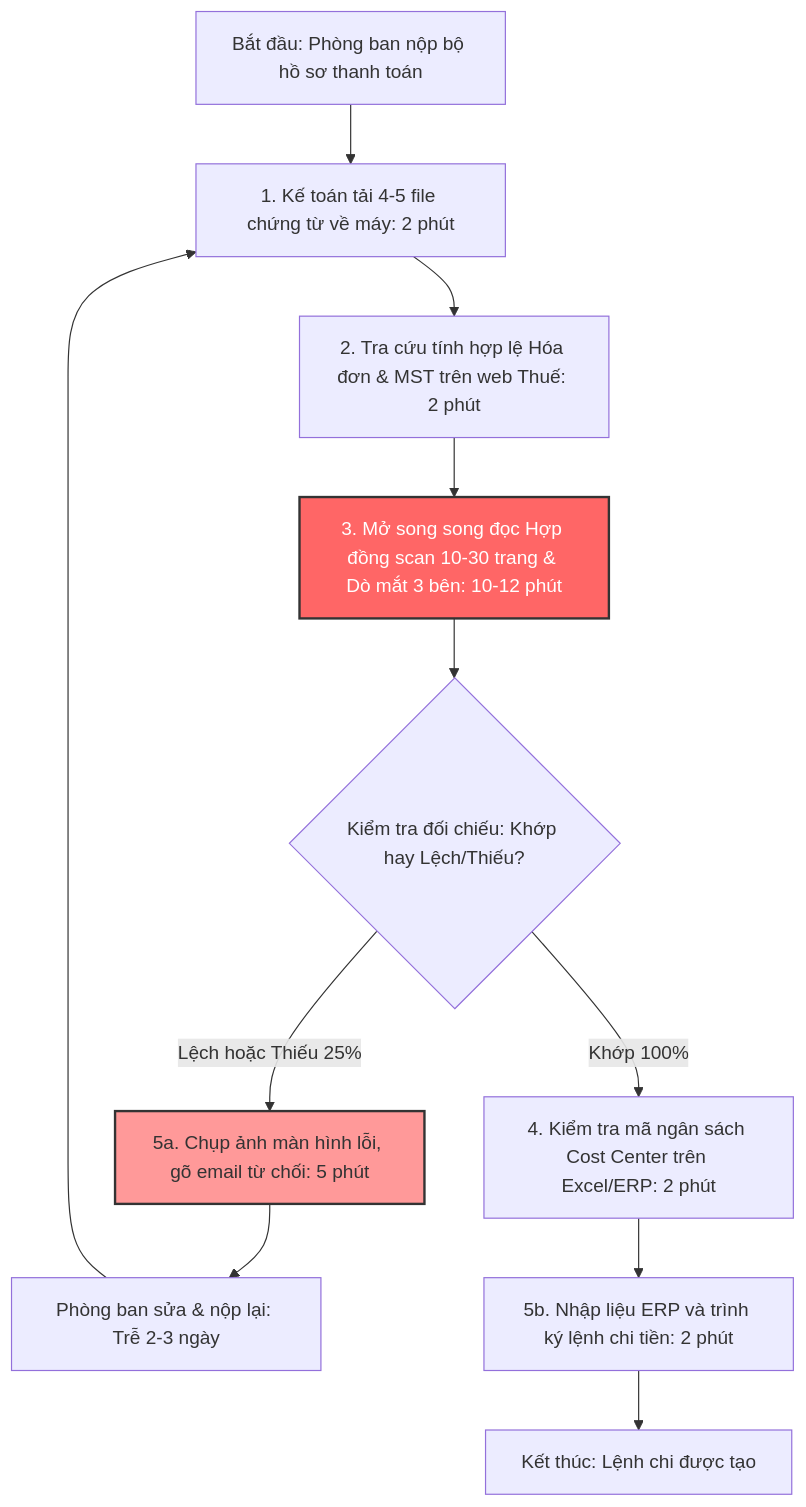
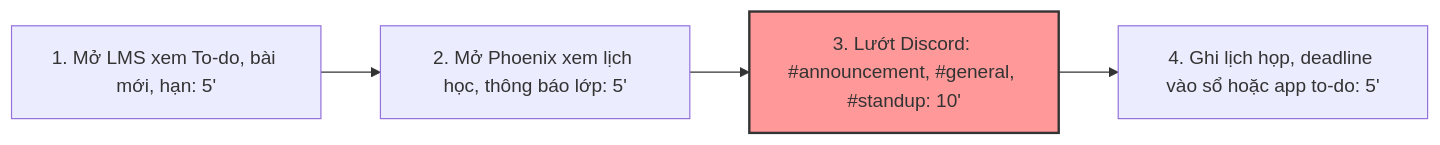
One commit to S0ra1n0/K5-L3B-DAY02-Nhom4Squares-DiscoveryProblemFraming changed the first of 2 diagrams in report/team/group_report.md. Above: the diagram before and after it, drawn with Mermaid. The commit also changed other lines of this file, not shown here.

````diff
--- a/report/team/group_report.md
+++ b/report/team/group_report.md
@@ -151,16 +151,8 @@
 ```mermaid
-flowchart TD
-    A[Bắt đầu: Phòng ban nộp bộ hồ sơ thanh toán] --> B[1. Kế toán tải 4-5 file chứng từ về máy: 2 phút]
-    B --> C[2. Tra cứu tính hợp lệ Hóa đơn & MST trên web Thuế: 2 phút]
-    C --> D[3. Mở song song đọc Hợp đồng scan 10-30 trang & Dò mắt 3 bên: 10-12 phút]
-    D --> E{Kiểm tra đối chiếu: Khớp hay Lệch/Thiếu?}
-    E -- Lệch hoặc Thiếu 25% --> F[5a. Chụp ảnh màn hình lỗi, gõ email từ chối: 5 phút]
-    F --> G[Phòng ban sửa & nộp lại: Trễ 2-3 ngày]
-    G --> B
-    E -- Khớp 100% --> H[4. Kiểm tra mã ngân sách Cost Center trên Excel/ERP: 2 phút]
-    H --> I[5b. Nhập liệu ERP và trình ký lệnh chi tiền: 2 phút]
-    I --> J[Kết thúc: Lệnh chi được tạo]
+flowchart LR
+    A[1. Mở LMS xem To-do, bài mới, hạn: 5'] --> B[2. Mở Phoenix xem lịch học, thông báo lớp: 5']
+    B --> C[3. Lướt Discord: #announcement, #general, #standup: 10']
+    C --> D[4. Ghi lịch họp, deadline vào sổ hoặc app to-do: 5']
 
-    style D fill:#ff6666,stroke:#333,stroke-width:2px,color:#fff
-    style F fill:#ff9999,stroke:#333,stroke-width:2px
+    style C fill:#ff9999,stroke:#333,stroke-width:2px
 ```
````
